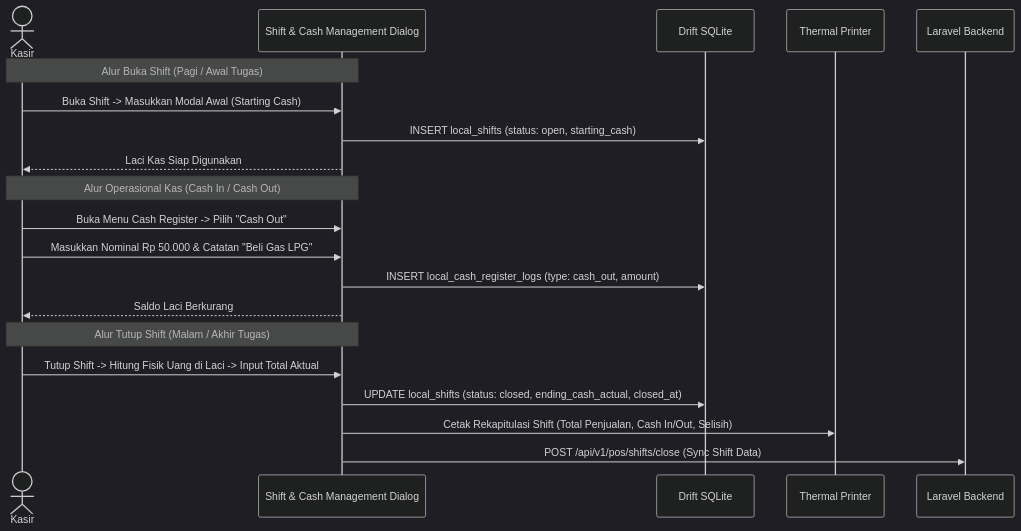
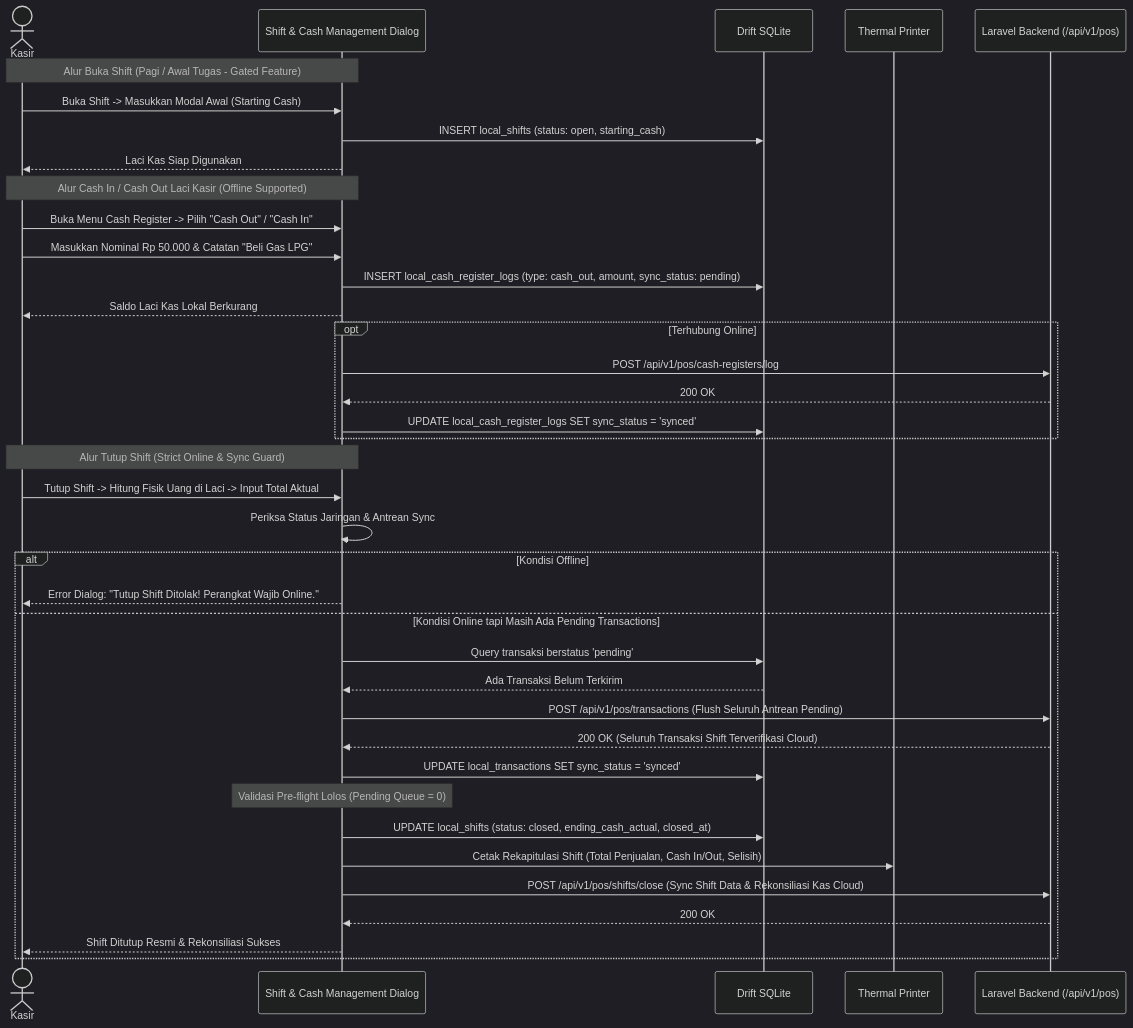
The fourth of 6 diagrams in prd/PRD Transaksi - Channel POS V1.md (whykrr/sollu-app), drawn with Mermaid (dark theme) before and after one commit. The commit also changed other lines of this file and 7 other files, not shown here.

````diff
--- a/prd/PRD Transaksi - Channel POS V1.md
+++ b/prd/PRD Transaksi - Channel POS V1.md
@@ -210,25 +258,43 @@
 ```mermaid
 sequenceDiagram
     actor Cashier as Kasir
     participant UI as Shift & Cash Management Dialog
     participant LocalDB as Drift SQLite
     participant Printer as Thermal Printer
-    participant API as Laravel Backend
+    participant API as Laravel Backend (/api/v1/pos)
 
-    Note over Cashier,UI: Alur Buka Shift (Pagi / Awal Tugas)
+    Note over Cashier,UI: Alur Buka Shift (Pagi / Awal Tugas - Gated Feature)
     Cashier->>UI: Buka Shift -> Masukkan Modal Awal (Starting Cash)
     UI->>LocalDB: INSERT local_shifts (status: open, starting_cash)
     UI-->>Cashier: Laci Kas Siap Digunakan
 
-    Note over Cashier,UI: Alur Operasional Kas (Cash In / Cash Out)
-    Cashier->>UI: Buka Menu Cash Register -> Pilih "Cash Out"
+    Note over Cashier,UI: Alur Cash In / Cash Out Laci Kasir (Offline Supported)
+    Cashier->>UI: Buka Menu Cash Register -> Pilih "Cash Out" / "Cash In"
     Cashier->>UI: Masukkan Nominal Rp 50.000 & Catatan "Beli Gas LPG"
-    UI->>LocalDB: INSERT local_cash_register_logs (type: cash_out, amount)
-    UI-->>Cashier: Saldo Laci Berkurang
+    UI->>LocalDB: INSERT local_cash_register_logs (type: cash_out, amount, sync_status: pending)
+    UI-->>Cashier: Saldo Laci Kas Lokal Berkurang
+    opt Terhubung Online
+        UI->>API: POST /api/v1/pos/cash-registers/log
+        API-->>UI: 200 OK
+        UI->>LocalDB: UPDATE local_cash_register_logs SET sync_status = 'synced'
+    end
 
-    Note over Cashier,UI: Alur Tutup Shift (Malam / Akhir Tugas)
+    Note over Cashier,UI: Alur Tutup Shift (Strict Online & Sync Guard)
     Cashier->>UI: Tutup Shift -> Hitung Fisik Uang di Laci -> Input Total Aktual
-    UI->>LocalDB: UPDATE local_shifts (status: closed, ending_cash_actual, closed_at)
-    UI->>Printer: Cetak Rekapitulasi Shift (Total Penjualan, Cash In/Out, Selisih)
-    UI->>API: POST /api/v1/pos/shifts/close (Sync Shift Data)
+    UI->>UI: Periksa Status Jaringan & Antrean Sync
+    alt Kondisi Offline
+        UI-->>Cashier: Error Dialog: "Tutup Shift Ditolak! Perangkat Wajib Online."
+    else Kondisi Online tapi Masih Ada Pending Transactions
+        UI->>LocalDB: Query transaksi berstatus 'pending'
+        LocalDB-->>UI: Ada Transaksi Belum Terkirim
+        UI->>API: POST /api/v1/pos/transactions (Flush Seluruh Antrean Pending)
+        API-->>UI: 200 OK (Seluruh Transaksi Shift Terverifikasi Cloud)
+        UI->>LocalDB: UPDATE local_transactions SET sync_status = 'synced'
+        Note over UI: Validasi Pre-flight Lolos (Pending Queue = 0)
+        UI->>LocalDB: UPDATE local_shifts (status: closed, ending_cash_actual, closed_at)
+        UI->>Printer: Cetak Rekapitulasi Shift (Total Penjualan, Cash In/Out, Selisih)
+        UI->>API: POST /api/v1/pos/shifts/close (Sync Shift Data & Rekonsiliasi Kas Cloud)
+        API-->>UI: 200 OK
+        UI-->>Cashier: Shift Ditutup Resmi & Rekonsiliasi Sukses
+    end
 ```
````
